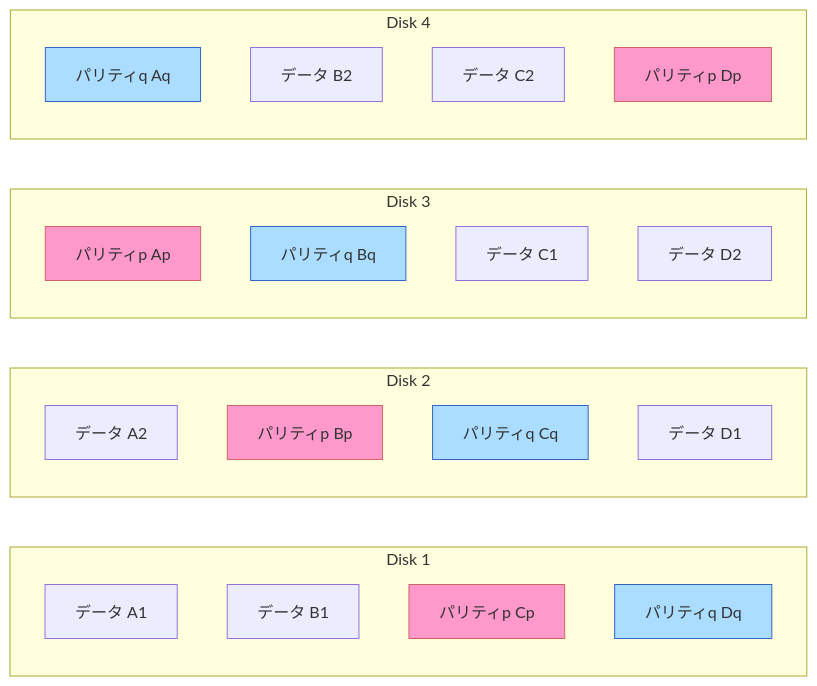
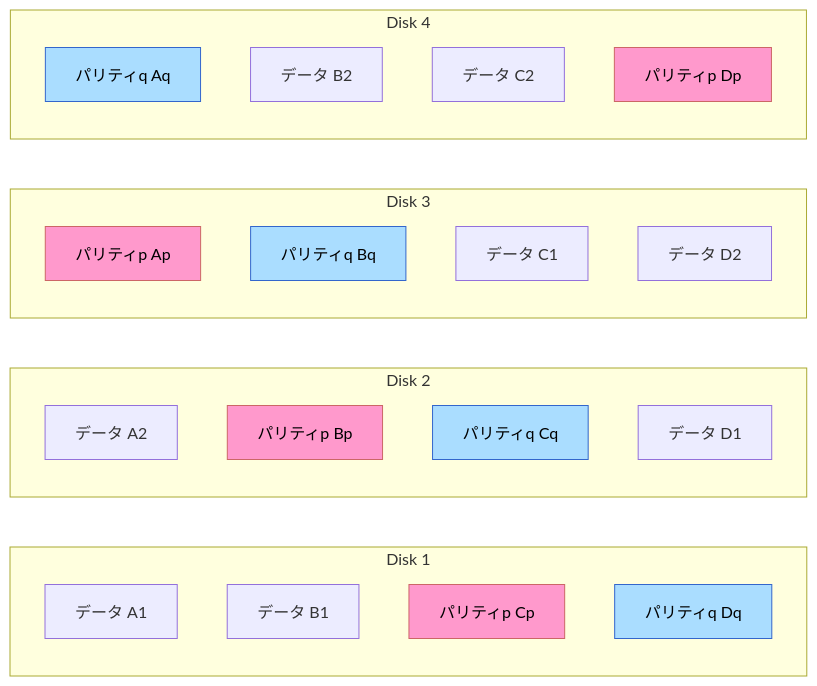
Before and after one commit to Bassiy/share_knowledge: the fourth of 5 diagrams in concepts/raid.md, drawn with Mermaid.

Commit message:
sync: update from info repo

````diff
--- a/concepts/raid.md
+++ b/concepts/raid.md
@@ -101,32 +101,32 @@
 ```mermaid
 flowchart LR
   subgraph D1["Disk 1"]
     a1["データ A1"]
     b1["データ B1"]
     cp["パリティp Cp"]
     dq["パリティq Dq"]
   end
   subgraph D2["Disk 2"]
     a2["データ A2"]
     bp["パリティp Bp"]
     cq["パリティq Cq"]
     d1["データ D1"]
   end
   subgraph D3["Disk 3"]
     ap["パリティp Ap"]
     bq["パリティq Bq"]
     c1["データ C1"]
     d2["データ D2"]
   end
   subgraph D4["Disk 4"]
     aq["パリティq Aq"]
     b2["データ B2"]
     c2["データ C2"]
     dp["パリティp Dp"]
   end
 
-  classDef parityP fill:#f9c,stroke:#c66
-  classDef parityQ fill:#adf,stroke:#36c
+  classDef parityP fill:#f9c,stroke:#c66,color:#000
+  classDef parityQ fill:#adf,stroke:#36c,color:#000
   class ap,bp,cp,dp parityP
   class aq,bq,cq,dq parityQ
 ```
````
